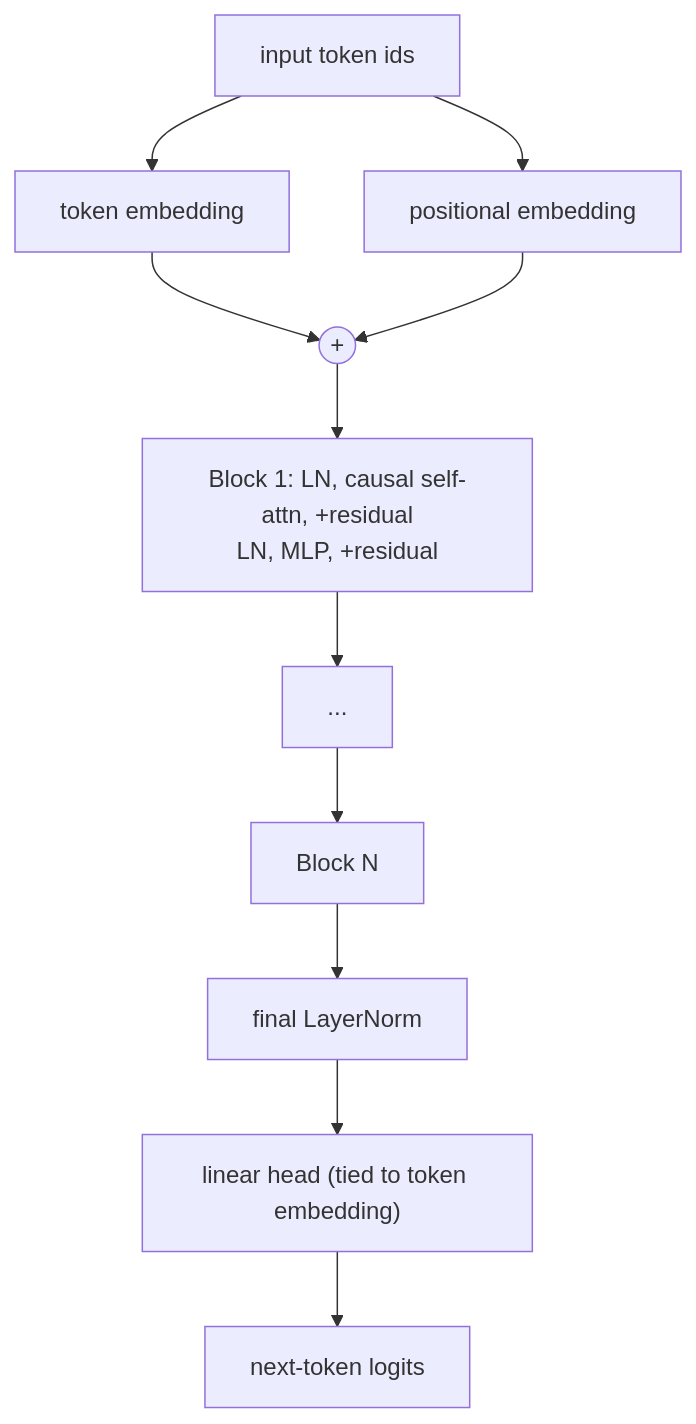
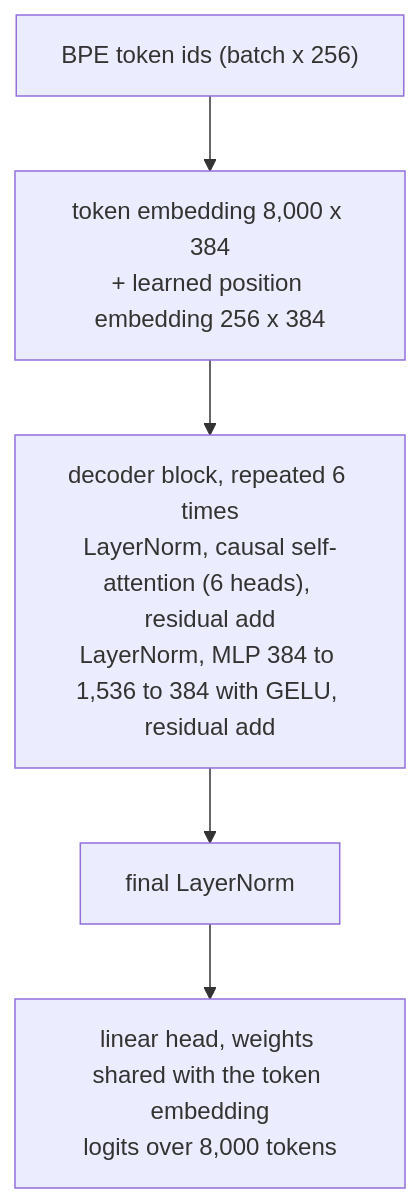
Before and after one commit to cfcmadlad/kv-cache-nlp: the third of 3 diagrams in README.md, drawn with Mermaid. The commit also changed other lines of this file and 17 other files, not shown here.

````diff
--- a/README.md
+++ b/README.md
@@ -135,13 +378,7 @@
 ```mermaid
-flowchart TD
-    IN["input token ids"] --> TE["token embedding"]
-    IN --> PE["positional embedding"]
-    TE --> ADD((+))
-    PE --> ADD
-    ADD --> B1["Block 1: LN, causal self-attn, +residual<br/>LN, MLP, +residual"]
-    B1 --> B2["..."]
-    B2 --> BN["Block N"]
-    BN --> LNF["final LayerNorm"]
-    LNF --> HEAD["linear head (tied to token embedding)"]
-    HEAD --> OUT["next-token logits"]
+flowchart TB
+    IN["BPE token ids (batch x 256)"] --> EMB["token embedding 8,000 x 384<br/>+ learned position embedding 256 x 384"]
+    EMB --> BLK["decoder block, repeated 6 times<br/>LayerNorm, causal self-attention (6 heads), residual add<br/>LayerNorm, MLP 384 to 1,536 to 384 with GELU, residual add"]
+    BLK --> LN["final LayerNorm"]
+    LN --> HEAD["linear head, weights shared with the token embedding<br/>logits over 8,000 tokens"]
 ```
````
